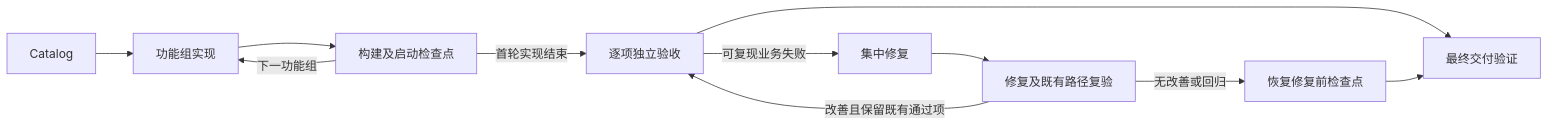
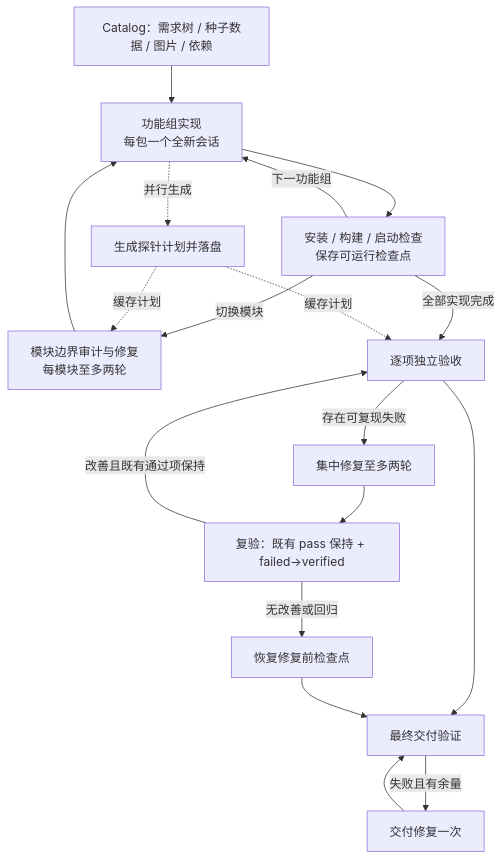
Before and after one commit to TheaDust/Shallow: the diagram in README.md, drawn with Mermaid. The commit also changed other lines of this file and 26 other files, not shown here.

````diff
--- a/README.md
+++ b/README.md
@@ -78,13 +80,20 @@
 ```mermaid
-flowchart LR
-    C[Catalog] --> M[功能组实现]
-    M --> K[构建及启动检查点]
+flowchart TD
+    C[Catalog：需求树 / 种子数据 / 图片 / 依赖] --> M[功能组实现<br/>每包一个全新会话]
+    M -.并行生成.-> P[生成探针计划并落盘]
+    M --> K[安装 / 构建 / 启动检查<br/>保存可运行检查点]
     K -->|下一功能组| M
-    K -->|首轮实现结束| J[逐项独立验收]
-    J -->|可复现业务失败| R[集中修复]
-    R --> G[修复及既有路径复验]
-    G -->|改善且保留既有通过项| J
+    K -->|切换模块| BA[模块边界审计与修复<br/>每模块至多两轮]
+    BA --> M
+    K -->|全部实现完成| J[逐项独立验收]
+    P -.缓存计划.-> BA
+    P -.缓存计划.-> J
+    J -->|存在可复现失败| R[集中修复至多两轮]
+    R --> G[复验：既有 pass 保持 + failed→verified]
+    G -->|改善且既有通过项保持| J
     G -->|无改善或回归| B[恢复修复前检查点]
     J --> F[最终交付验证]
     B --> F
+    F -->|失败且有余量| DR[交付修复一次]
+    DR --> F
 ```
````
